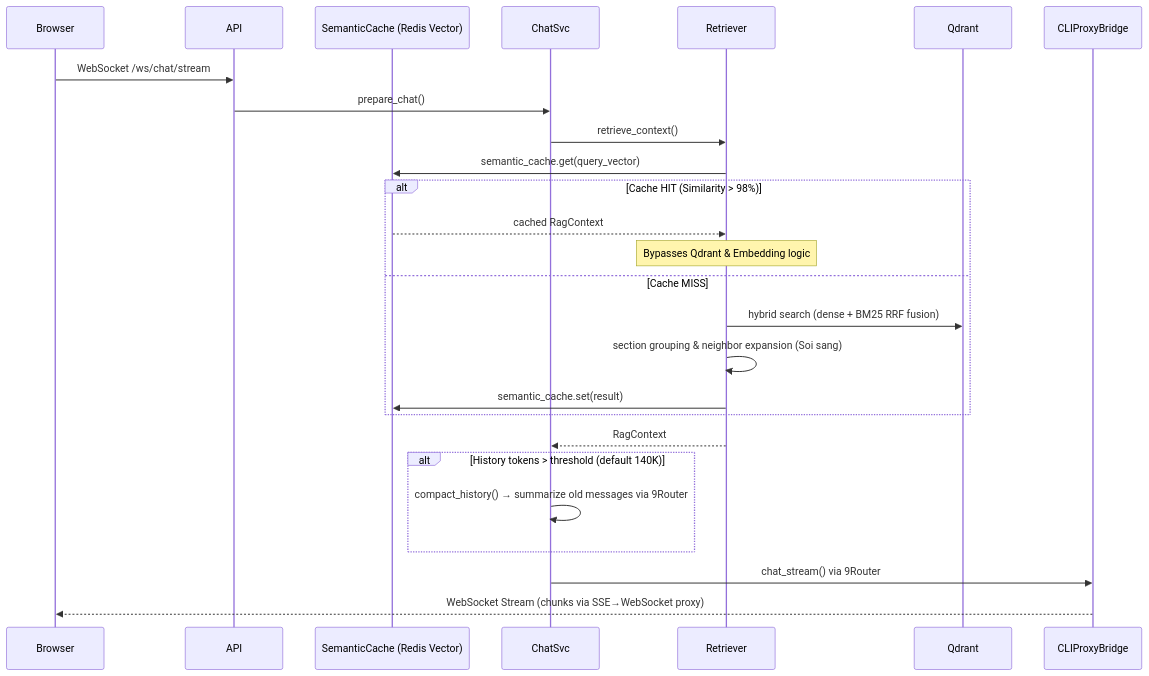
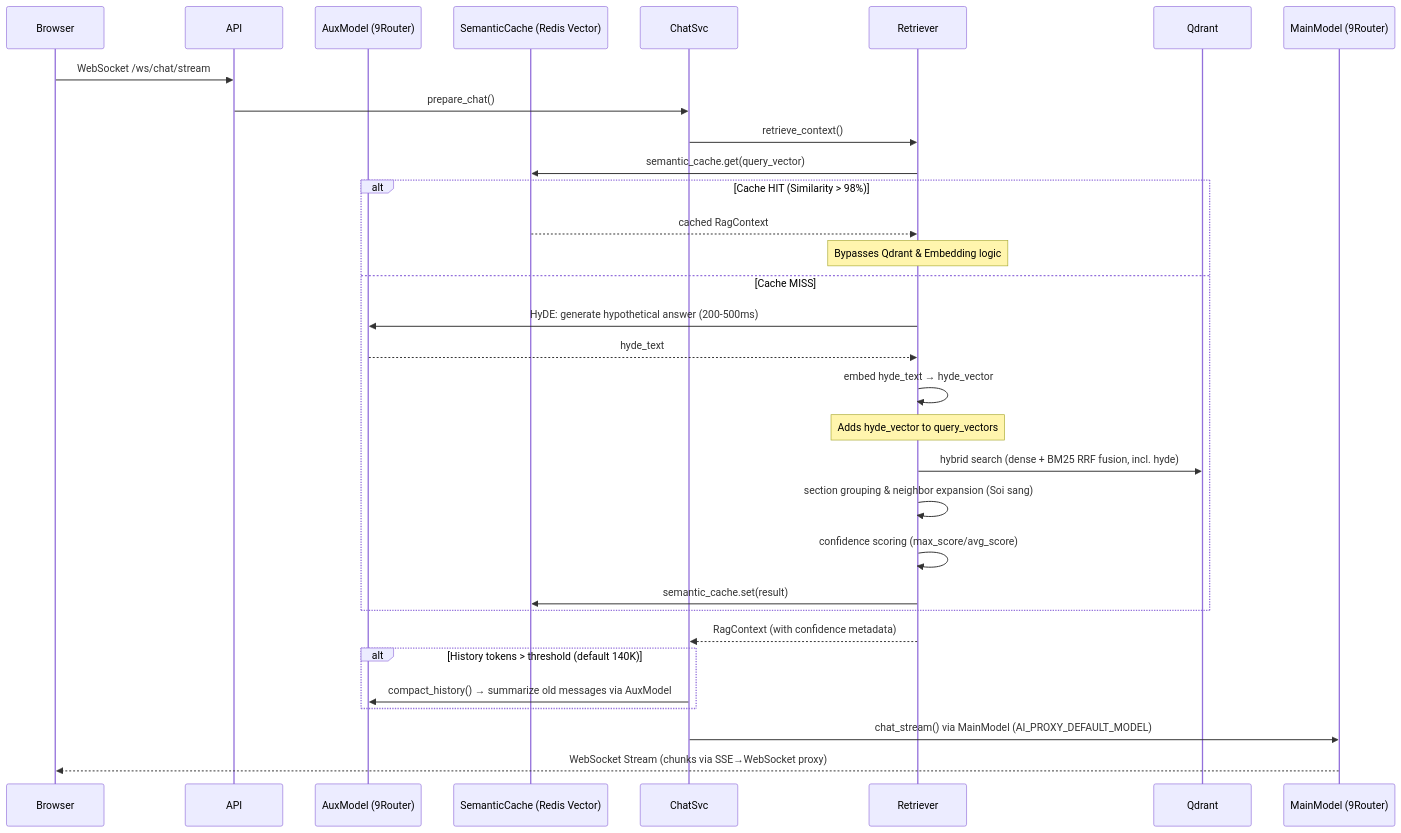
Before and after one commit to qtuanph/chatbot-rag: the diagram in docs/2.2_WORKFLOWS_CHAT.md, drawn with Mermaid. The commit also changed other lines of this file and 44 other files, not shown here.

````diff
--- a/docs/2.2_WORKFLOWS_CHAT.md
+++ b/docs/2.2_WORKFLOWS_CHAT.md
@@ -5,31 +5,37 @@
 ```mermaid
 sequenceDiagram
     participant Browser
     participant API
+    participant Aux as AuxModel (9Router)
     participant Cache as SemanticCache (Redis Vector)
     participant ChatSvc
     participant Retriever
     participant Qdrant
-    participant Bridge as CLIProxyBridge
+    participant Bridge as MainModel (9Router)
 
 Browser->>API: WebSocket /ws/chat/stream
     API->>ChatSvc: prepare_chat()
     ChatSvc->>Retriever: retrieve_context()
 
     Retriever->>Cache: semantic_cache.get(query_vector)
     alt Cache HIT (Similarity > 98%)
         Cache-->>Retriever: cached RagContext
         Note over Retriever: Bypasses Qdrant & Embedding logic
     else Cache MISS
-        Retriever->>Qdrant: hybrid search (dense + BM25 RRF fusion)
+        Retriever->>Aux: HyDE: generate hypothetical answer (200-500ms)
+        Aux-->>Retriever: hyde_text
+        Retriever->>Retriever: embed hyde_text → hyde_vector
+        Note over Retriever: Adds hyde_vector to query_vectors
+        Retriever->>Qdrant: hybrid search (dense + BM25 RRF fusion, incl. hyde)
         Retriever->>Retriever: section grouping & neighbor expansion (Soi sang)
+        Retriever->>Retriever: confidence scoring (max_score/avg_score)
         Retriever->>Cache: semantic_cache.set(result)
     end
 
-    Retriever-->>ChatSvc: RagContext
+    Retriever-->>ChatSvc: RagContext (with confidence metadata)
     alt History tokens > threshold (default 140K)
-        ChatSvc->>ChatSvc: compact_history() → summarize old messages via 9Router
+        ChatSvc->>Aux: compact_history() → summarize old messages via AuxModel
     end
-    ChatSvc->>Bridge: chat_stream() via 9Router
+    ChatSvc->>Bridge: chat_stream() via MainModel (AI_PROXY_DEFAULT_MODEL)
     Bridge-->>Browser: WebSocket Stream (chunks via SSE→WebSocket proxy)
 ```
````
